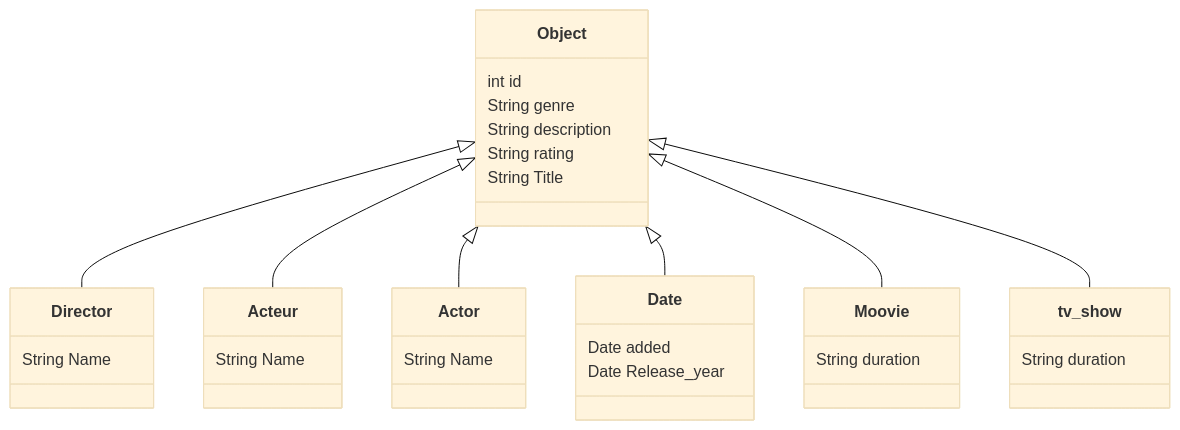
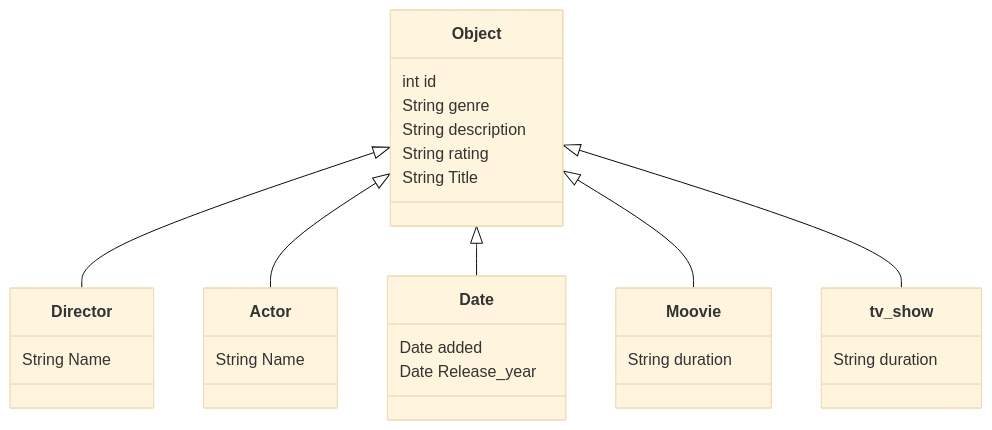
The diagram in schema.md (MaelGalliou/Project-Data-Integration), drawn with Mermaid (base theme) before and after one commit. The commit also changed 1 other file, not shown here.

Commit message:
modif mermaid

````diff
--- a/schema.md
+++ b/schema.md
@@ -1,36 +1,32 @@
 ```mermaid
 classDiagram
     Object <|-- Director
-    Object <|-- Acteur
     Object <|-- Actor
     Object <|-- Date
     Object <|-- Moovie
     Object <|-- tv_show
 
     class Director{
-        String Name
-    }
-    class Acteur{
         String Name
     }
     class Object{
         int id
         String genre
         String description
         String rating
         String Title
     }
     class Actor{
         String Name
     }
     class Date{
         Date added
         Date Release_year
     }
     class Moovie{
         String duration
     }
     class tv_show{
         String duration
     }
 ```
````
